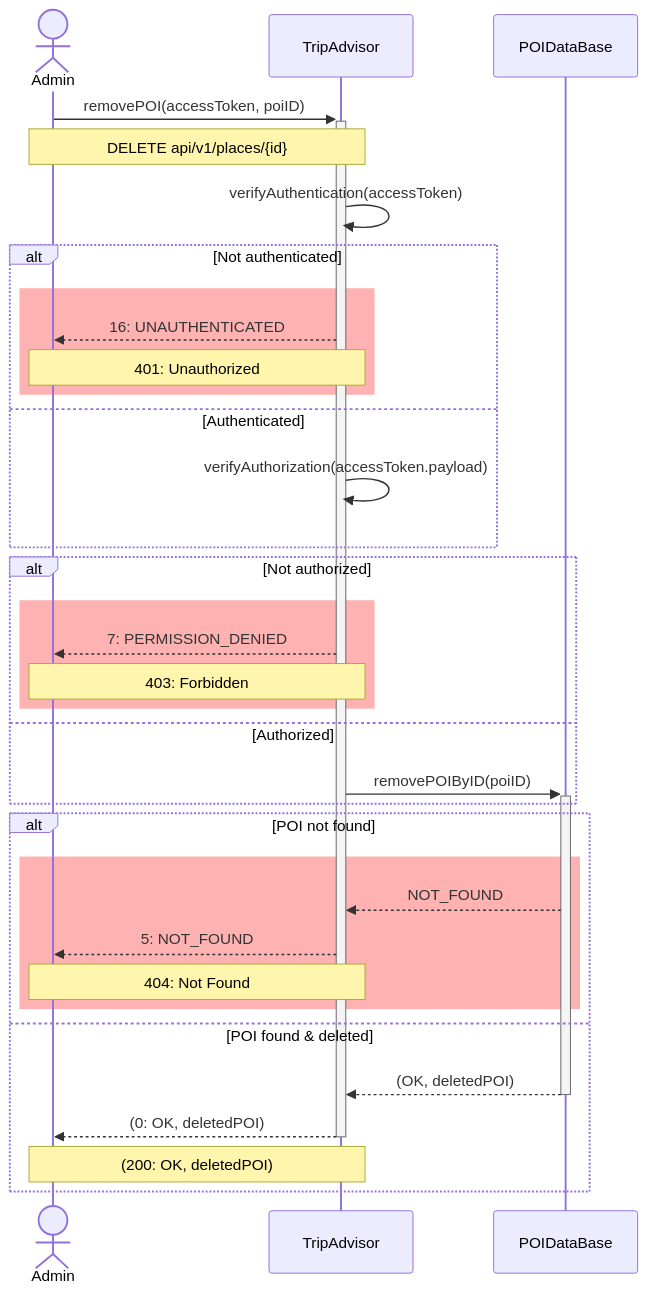
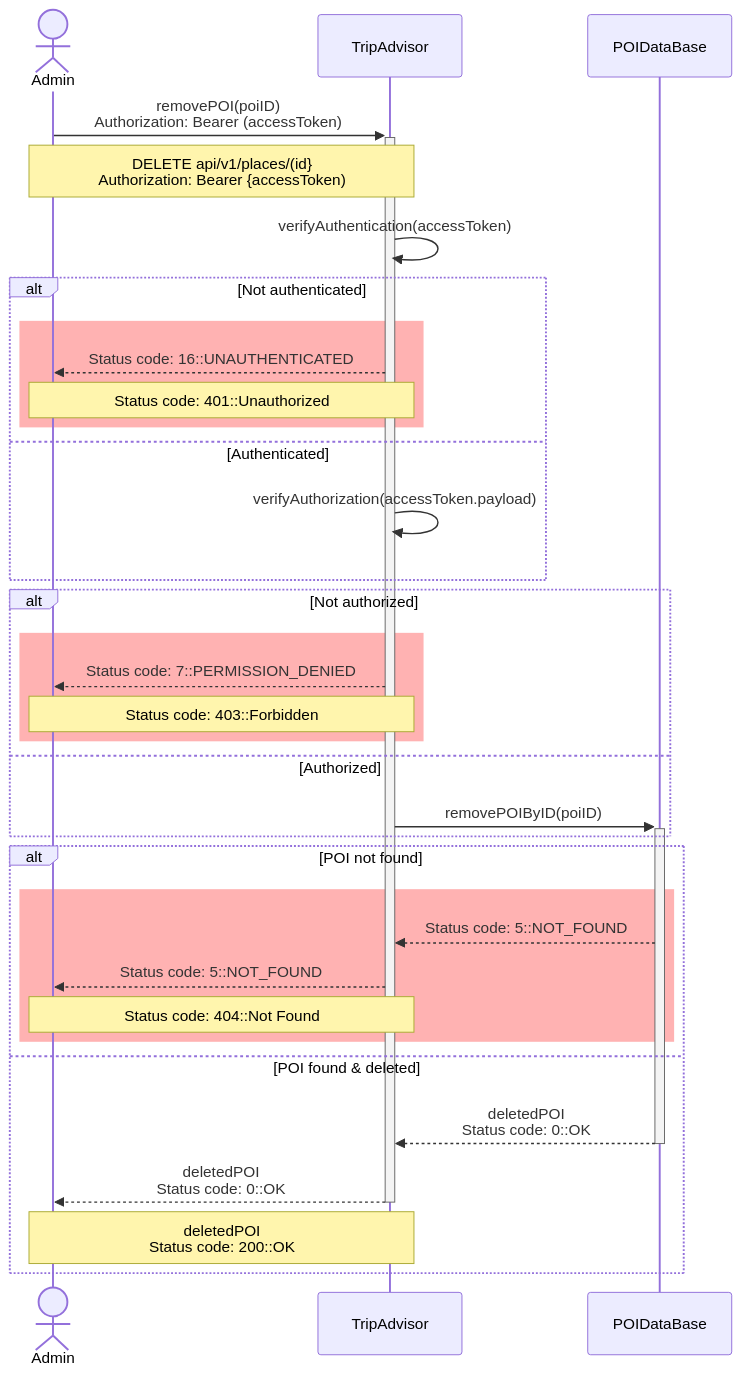
Before and after one commit to d-kv/backend-travel-app: the diagram in docs/uml/src/remove_poi.mmd, drawn with Mermaid. The commit also changed 6 other files, not shown here.

```diff
--- a/docs/uml/src/remove_poi.mmd
+++ b/docs/uml/src/remove_poi.mmd
@@ -1,37 +1,37 @@
 sequenceDiagram
 	actor Admin as Admin
 	participant Trip as TripAdvisor
 	participant DB as POIDataBase
 
-	Admin->>+Trip: removePOI(accessToken, poiID)
-	Note over Admin,Trip: DELETE api/v1/places/{id}
+	Admin->>+Trip: removePOI(poiID)<br/>Authorization: Bearer (accessToken)
+	Note over Admin,Trip: DELETE api/v1/places/(id}<br/>Authorization: Bearer {accessToken)
 
 Trip->>Trip: verifyAuthentication(accessToken)
 		alt Not authenticated
 			rect rgba(255, 0, 0, 0.3)
-				Trip-->>Admin: 16: UNAUTHENTICATED
-				Note over Admin,Trip: 401: Unauthorized
+				Trip-->>Admin: Status code: 16::UNAUTHENTICATED
+				Note over Admin,Trip: Status code: 401::Unauthorized
 			end
 		else Authenticated
 			Trip->>Trip: verifyAuthorization(accessToken.payload)
 		end
 		alt Not authorized
 			rect rgba(255, 0, 0, 0.3)
-				Trip-->>Admin: 7: PERMISSION_DENIED
-				Note over Admin,Trip: 403: Forbidden
+				Trip-->>Admin: Status code: 7::PERMISSION_DENIED
+				Note over Admin,Trip: Status code: 403::Forbidden
 			end
 		else Authorized
 			Trip->>+DB: removePOIByID(poiID)
 		end
 
 		alt POI not found
 			rect rgba(255, 0, 0, 0.3)
-				DB-->>Trip: NOT_FOUND
-				Trip-->>Admin: 5: NOT_FOUND
-				Note over Admin,Trip: 404: Not Found
+				DB-->>Trip: Status code: 5::NOT_FOUND
+				Trip-->>Admin: Status code: 5::NOT_FOUND
+				Note over Admin,Trip: Status code: 404::Not Found
 			end
 		else POI found & deleted
-			DB-->>-Trip: (OK, deletedPOI)
-			Trip-->>-Admin: (0: OK, deletedPOI)
-			Note over Admin,Trip: (200: OK, deletedPOI)
+			DB-->>-Trip: deletedPOI<br/>Status code: 0::OK
+			Trip-->>-Admin: deletedPOI<br/>Status code: 0::OK
+			Note over Admin,Trip: deletedPOI<br/>Status code: 200::OK
 		end
```
